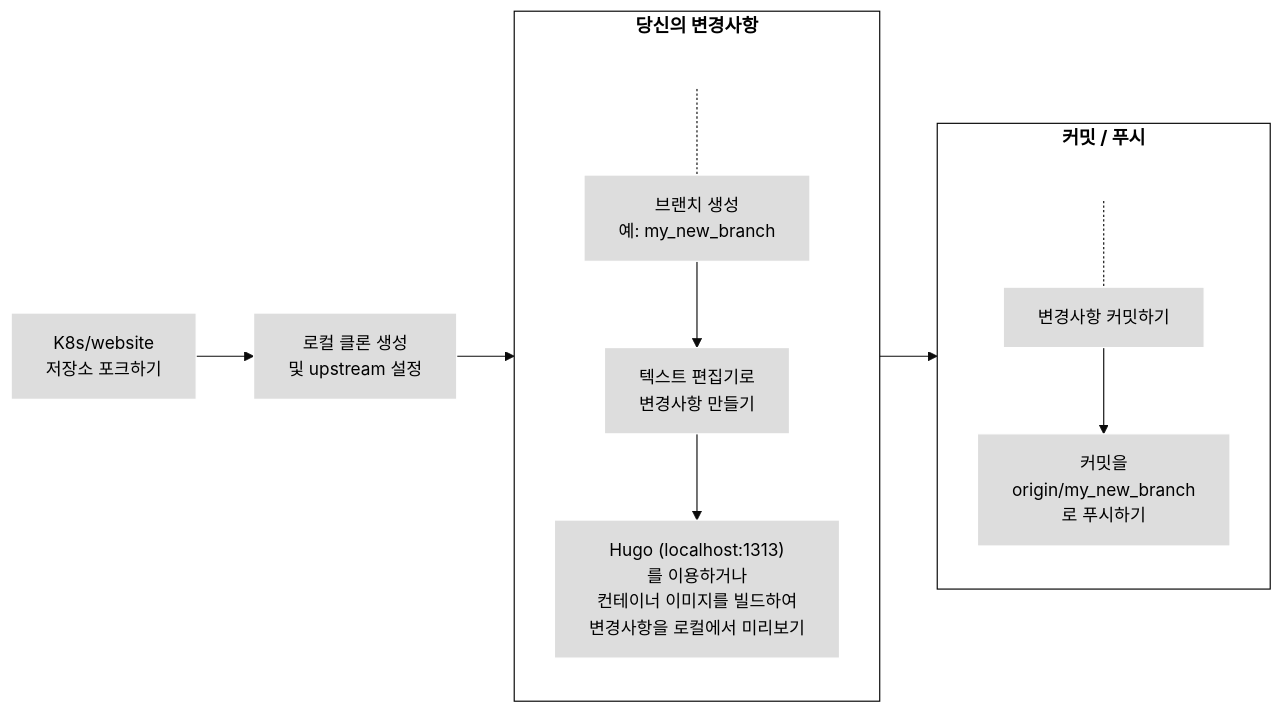
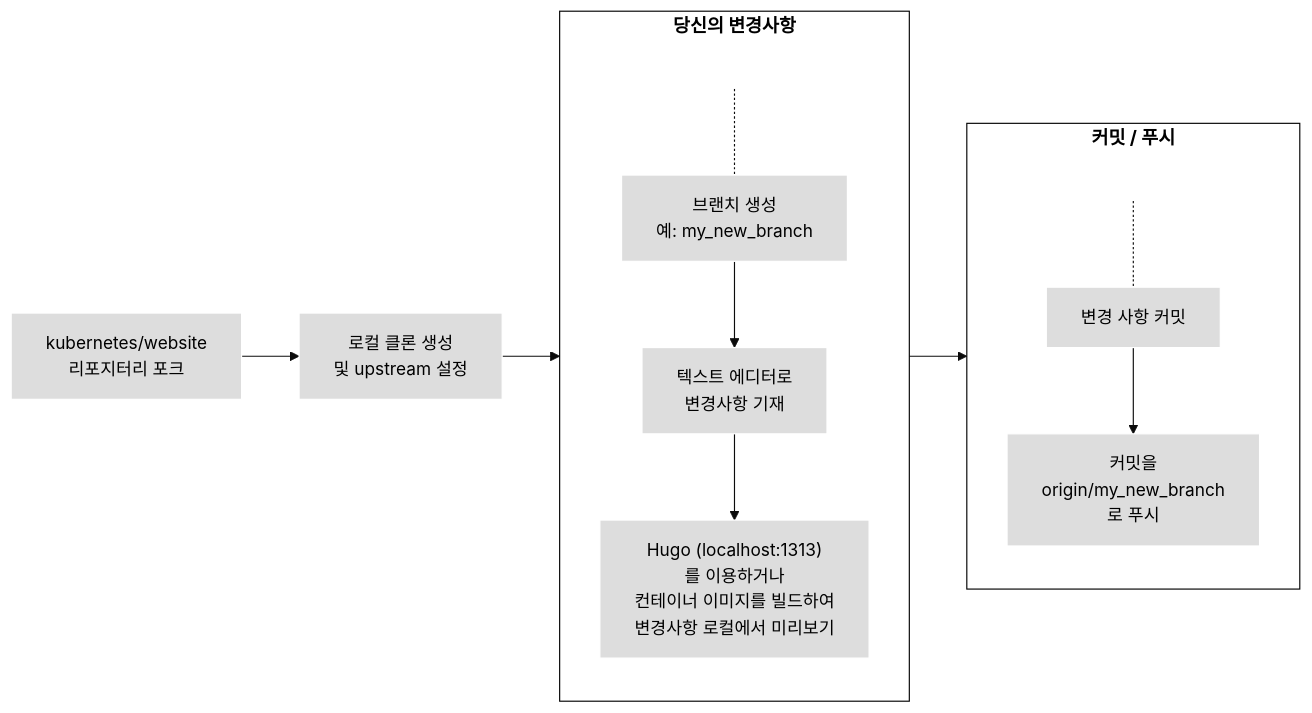
Before and after one commit to kubernetes/website: the second of 3 diagrams in content/ko/docs/contribute/new-content/open-a-pr.md, drawn with Mermaid (base theme). The commit also changed other lines of this file, not shown here.

```diff
--- a/content/ko/docs/contribute/new-content/open-a-pr.md
+++ b/content/ko/docs/contribute/new-content/open-a-pr.md
@@ -133,24 +133,24 @@
 {{< mermaid >}}
 flowchart LR
-1[K8s/website<br>저장소 포크하기] --> 2[로컬 클론 생성<br>및 upstream 설정]
+1[kubernetes/website<br>리포지터리 포크] --> 2[로컬 클론 생성<br>및 upstream 설정]
 subgraph changes[당신의 변경사항]
 direction TB
 S[ ] -.-
-3[브랜치 생성<br>예: my_new_branch] --> 3a[텍스트 편집기로<br>변경사항 만들기] --> 4["Hugo (localhost:1313)<br>를 이용하거나<br>컨테이너 이미지를 빌드하여<br>변경사항을 로컬에서 미리보기"]
+3[브랜치 생성<br>예: my_new_branch] --> 3a[텍스트 에디터로<br>변경사항 기재] --> 4["Hugo (localhost:1313)<br>를 이용하거나<br>컨테이너 이미지를 빌드하여<br>변경사항 로컬에서 미리보기"]
 end
 subgraph changes2[커밋 / 푸시]
 direction TB
 T[ ] -.-
-5[변경사항 커밋하기] --> 6[커밋을<br>origin/my_new_branch<br>로 푸시하기]
+5[변경 사항 커밋] --> 6[커밋을<br>origin/my_new_branch<br>로 푸시]
 end
 
 2 --> changes --> changes2
 
 classDef grey fill:#dddddd,stroke:#ffffff,stroke-width:px,color:#000000, font-size:15px;
 classDef white fill:#ffffff,stroke:#000,stroke-width:px,color:#000,font-weight:bold
 classDef k8s fill:#326ce5,stroke:#fff,stroke-width:1px,color:#fff;
 classDef spacewhite fill:#ffffff,stroke:#fff,stroke-width:0px,color:#000
 class 1,2,3,3a,4,5,6 grey
 class S,T spacewhite
 class changes,changes2 white
 {{</ mermaid >}}
```
